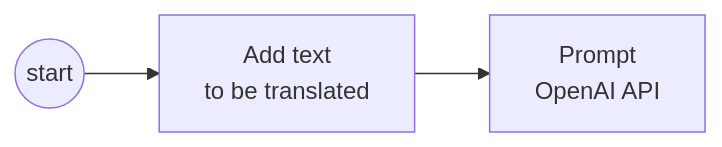
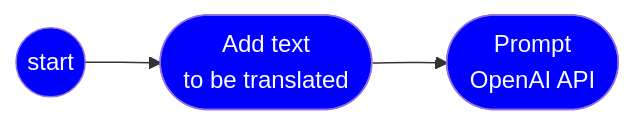
Before and after one commit to msalemor/llm-use-cases: the third of 5 diagrams in README.md, drawn with Mermaid. The commit also changed other lines of this file, not shown here.

````diff
--- a/README.md
+++ b/README.md
@@ -79,5 +81,7 @@
 ```mermaid
 flowchart LR
-  A((start))-->B[Add text<br/>to be translated]
-  B-->O[Prompt<br/>OpenAI API]
+  A((start))-->B([Add text<br/>to be translated])
+  B-->O([Prompt<br/>OpenAI API])
+  classDef blue fill:blue,color:#fefefe
+  class A,B,O blue
 ```
````
